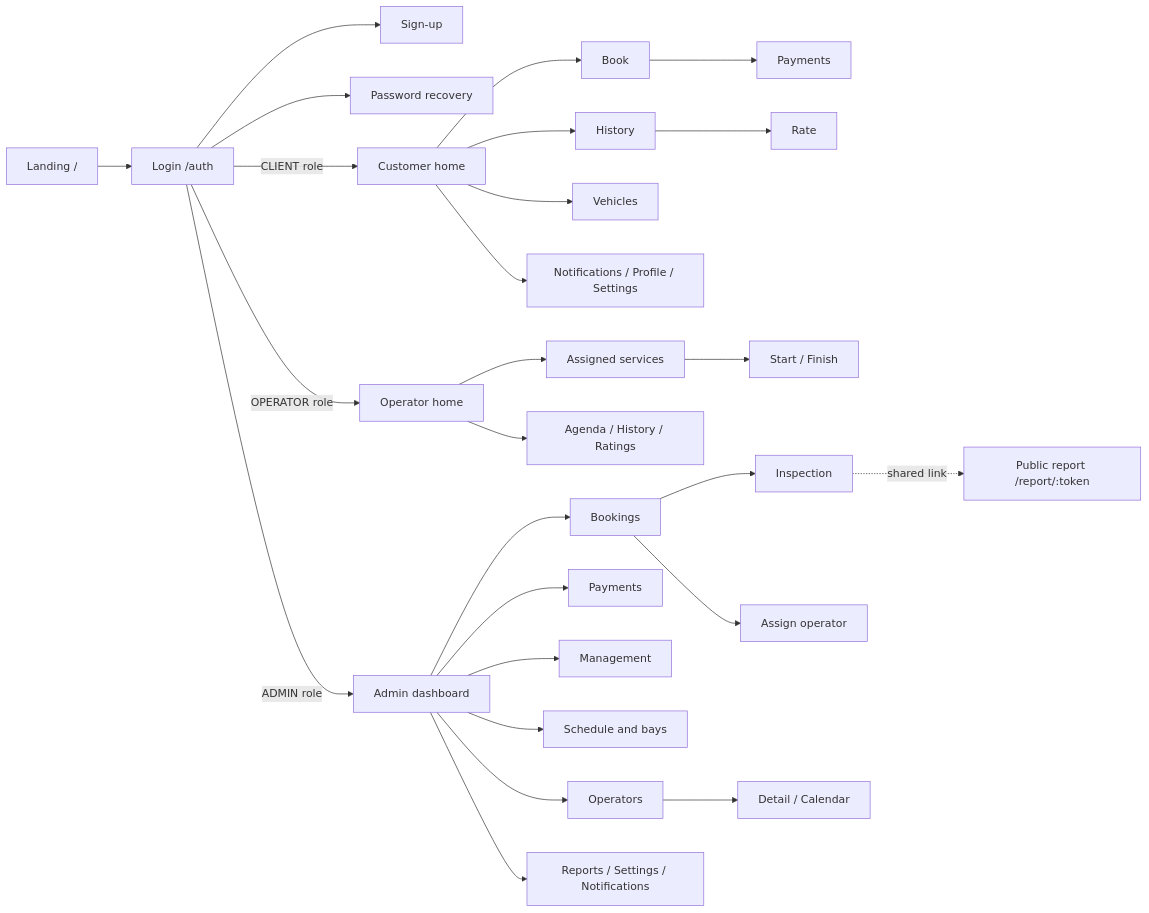
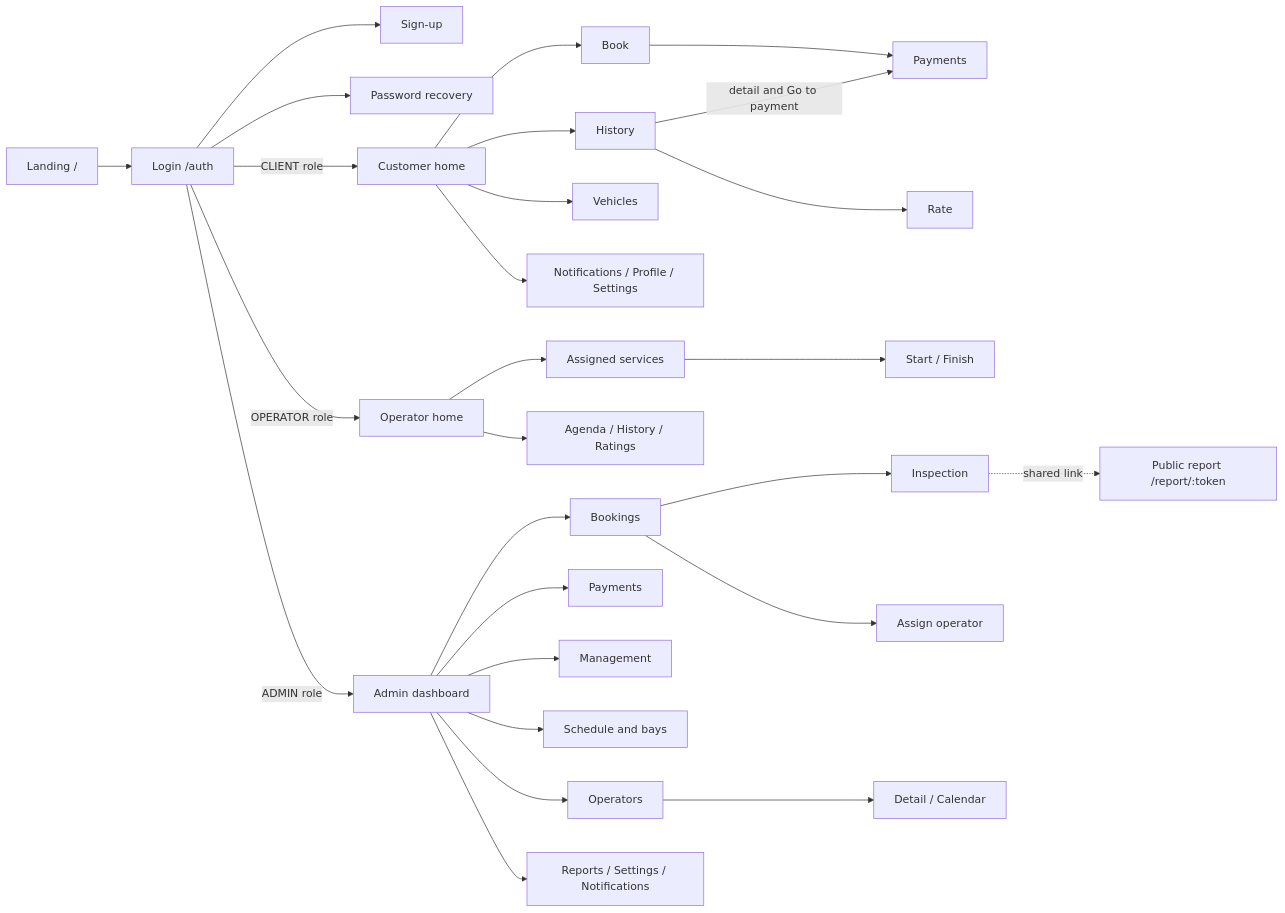
Before and after one commit to BrayanCABRERA123/lavarapido-docs: the first of 19 diagrams in 04_DOCUMENTACION_DE_DISENO_DEL_SOFTWARE/EN/MD/software-design-documentation.md, drawn with Mermaid. The commit also changed other lines of this file and 7 other files, not shown here.

Commit message:
docs(design): correct the design against the code and list the ports under each figure (1.4)

````diff
--- a/04_DOCUMENTACION_DE_DISENO_DEL_SOFTWARE/EN/MD/software-design-documentation.md
+++ b/04_DOCUMENTACION_DE_DISENO_DEL_SOFTWARE/EN/MD/software-design-documentation.md
@@ -122,23 +122,24 @@
 ```mermaid
 flowchart LR
   L["Landing /"] --> A["Login /auth"]
   A --> R["Sign-up"]
   A --> F["Password recovery"]
   A -->|CLIENT role| C["Customer home"]
   A -->|OPERATOR role| O["Operator home"]
   A -->|ADMIN role| D["Admin dashboard"]
   C --> C1["Book"] --> C2["Payments"]
   C --> C3["History"] --> C4["Rate"]
+  C3 -->|detail and Go to payment| C2
   C --> C5["Vehicles"]
   C --> CN["Notifications / Profile / Settings"]
   O --> O1["Assigned services"] --> O2["Start / Finish"]
   O --> O3["Agenda / History / Ratings"]
   D --> D1["Bookings"] --> D2["Inspection"]
   D1 --> D3["Assign operator"]
   D --> D4["Payments"]
   D --> D5["Management"]
   D --> D6["Schedule and bays"]
   D --> D7["Operators"] --> D8["Detail / Calendar"]
   D --> D9["Reports / Settings / Notifications"]
   D2 -.->|shared link| P["Public report /report/:token"]
 ```
````
